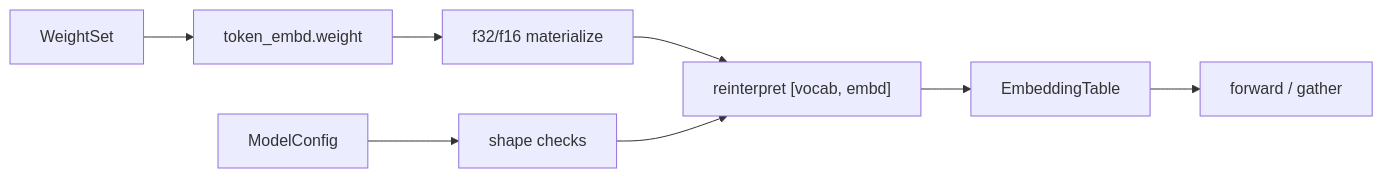
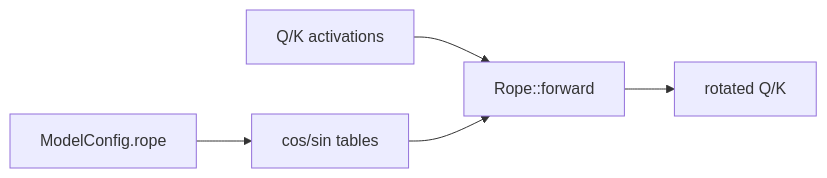
The second of 2 diagrams in docs/architecture.md (404khai/phalanx), drawn with Mermaid before and after one commit. The commit also changed other lines of this file and 12 other files, not shown here.

First line of the commit message:
feat(layers): add Llama-style RoPE with cos/sin cache

````diff
--- a/docs/architecture.md
+++ b/docs/architecture.md
@@ -57,10 +58,7 @@
 ```mermaid
 flowchart LR
-    W["WeightSet"] --> T["token_embd.weight"]
-    C["ModelConfig"] --> V["shape checks"]
-    T --> M["f32/f16 materialize"]
-    M --> R["reinterpret [vocab, embd]"]
-    V --> R
-    R --> E["EmbeddingTable"]
-    E --> G["forward / gather"]
+    Cfg["ModelConfig.rope"] --> Cache["cos/sin tables"]
+    QK["Q/K activations"] --> Apply["Rope::forward"]
+    Cache --> Apply
+    Apply --> Out["rotated Q/K"]
 ```
````
